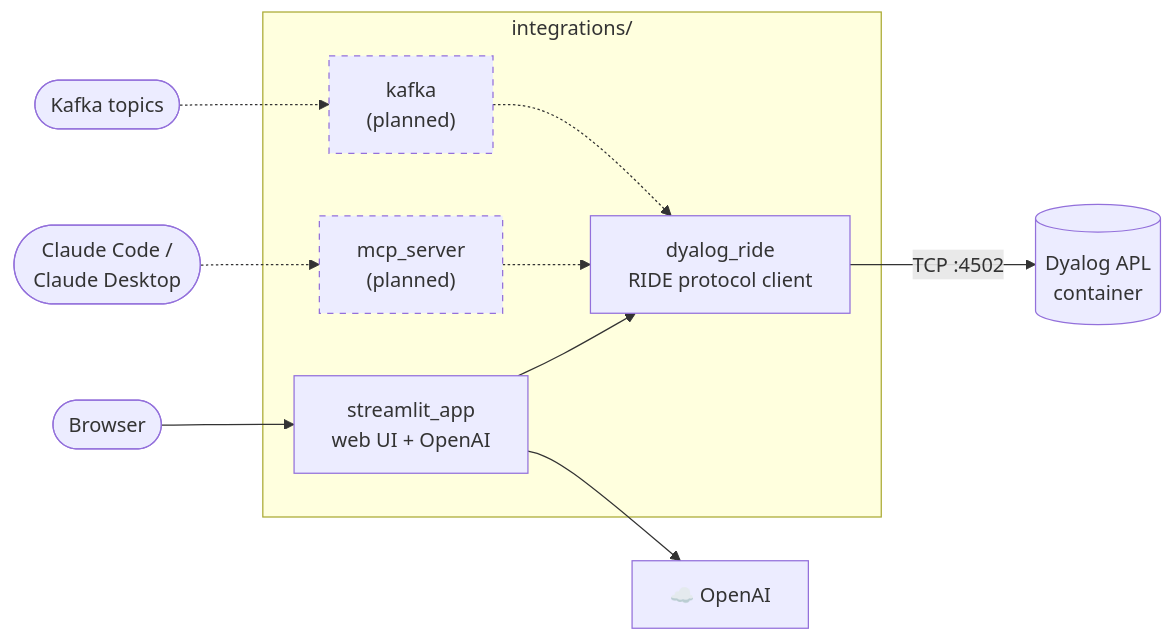
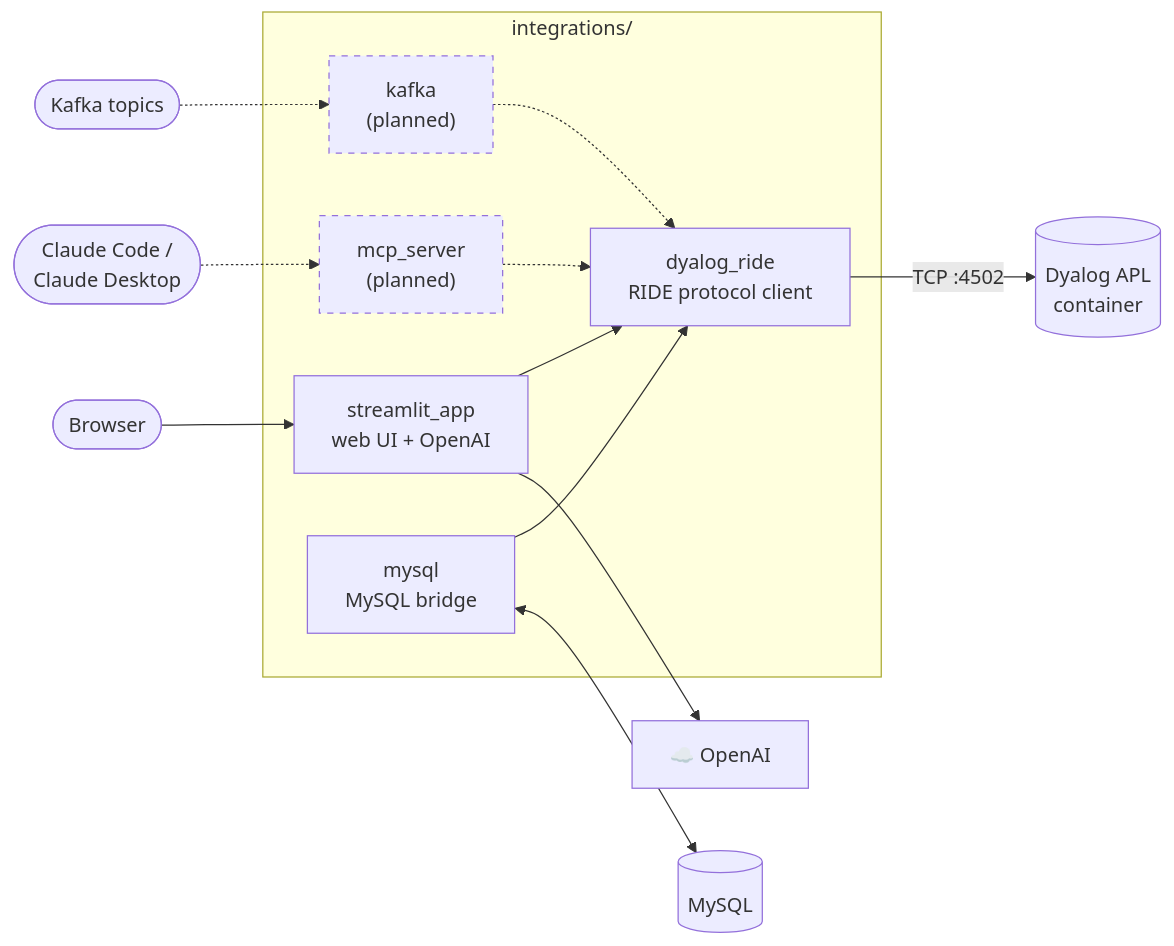
Before and after one commit to wshamim1/dyalog-apl-lab: the diagram in integrations/README.md, drawn with Mermaid. The commit also changed other lines of this file and 16 other files, not shown here.

````diff
--- a/integrations/README.md
+++ b/integrations/README.md
@@ -17,21 +18,24 @@
 ```mermaid
 flowchart LR
     subgraph integrations["integrations/"]
         st["streamlit_app<br/>web UI + OpenAI"]
         mcp["mcp_server<br/>(planned)"]:::planned
         kafka["kafka<br/>(planned)"]:::planned
+        mysqlint["mysql<br/>MySQL bridge"]
         ride["dyalog_ride<br/>RIDE protocol client"]
     end
 
     browser(["Browser"]) --> st
     llmclients(["Claude Code /<br/>Claude Desktop"]) -.-> mcp
     topics(["Kafka topics"]) -.-> kafka
     st --> openai["☁️ OpenAI"]
+    mysqlint <--> mysqldb[("MySQL")]
 
     st --> ride
     mcp -.-> ride
     kafka -.-> ride
+    mysqlint --> ride
     ride -- "TCP :4502" --> dyalog[("Dyalog APL<br/>container")]
 
     classDef planned stroke-dasharray: 5 5
 ```
````
